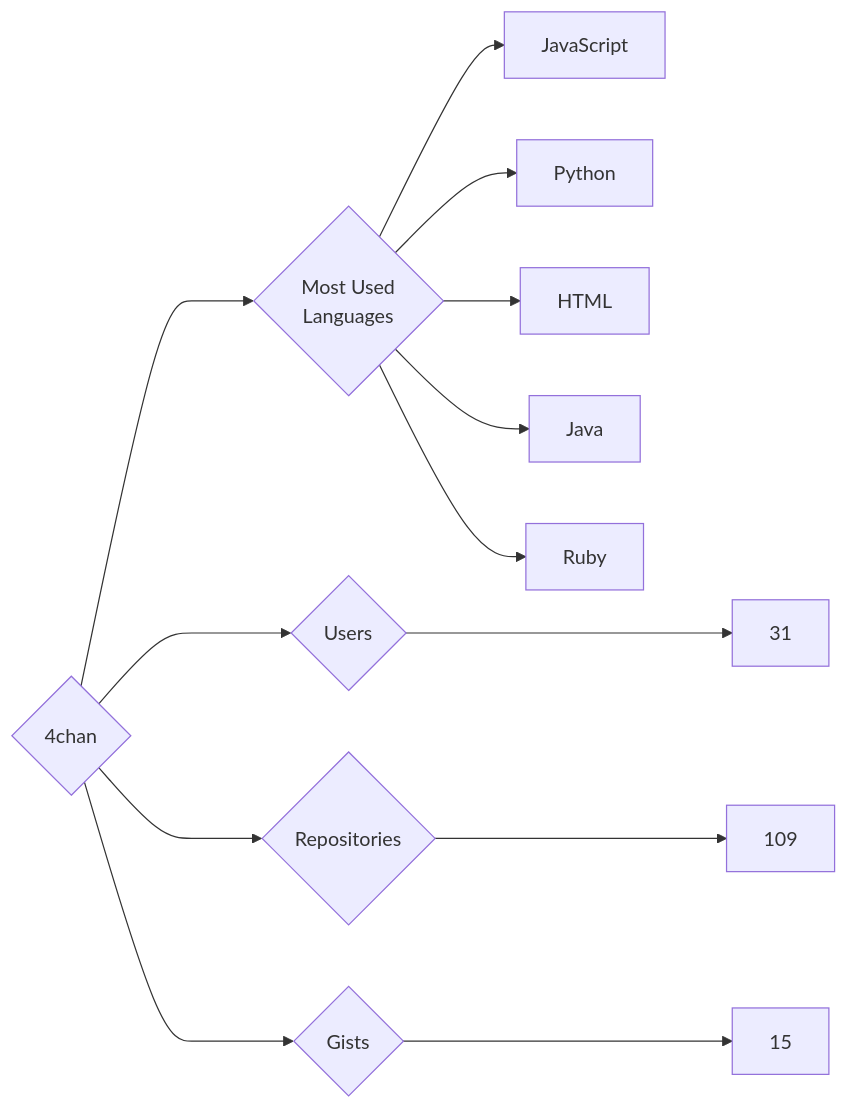
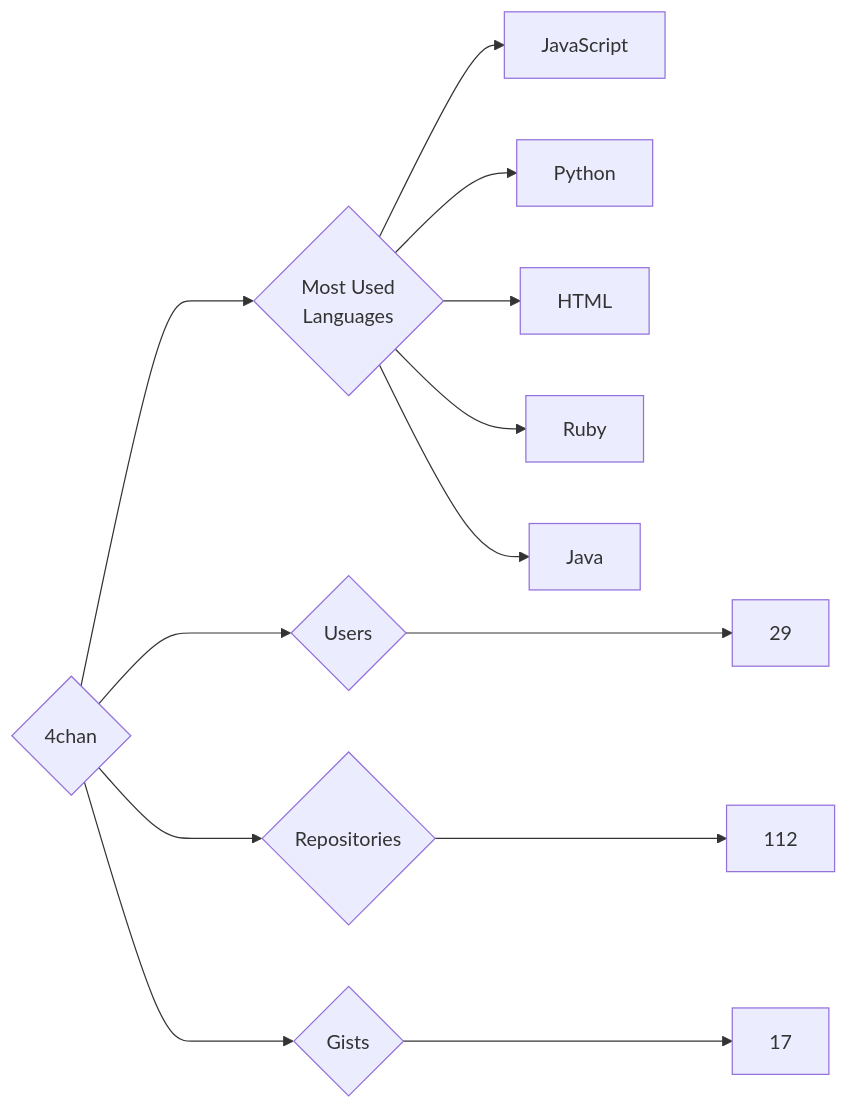
Before and after one commit to trickest/insiders: the diagram in targets/4chan/README.md, drawn with Mermaid. The commit also changed 934 other files, not shown here.

````diff
--- a/targets/4chan/README.md
+++ b/targets/4chan/README.md
@@ -3,13 +3,13 @@
 ```mermaid
 graph LR
 COMPANY_NAME{4chan}
-COMPANY_NAME ---> U{Users} ---> UN[31]
-COMPANY_NAME ---> R{Repositories} ---> RN[109]
-COMPANY_NAME ---> G{Gists} ---> GN[15]
+COMPANY_NAME ---> U{Users} ---> UN[29]
+COMPANY_NAME ---> R{Repositories} ---> RN[112]
+COMPANY_NAME ---> G{Gists} ---> GN[17]
 COMPANY_NAME ---> ML{Most Used<br>Languages}
 ML --> JavaScript[JavaScript]
 ML --> Python[Python]
 ML --> HTML[HTML]
+ML --> Ruby[Ruby]
 ML --> Java[Java]
-ML --> Ruby[Ruby]
 ```
````
